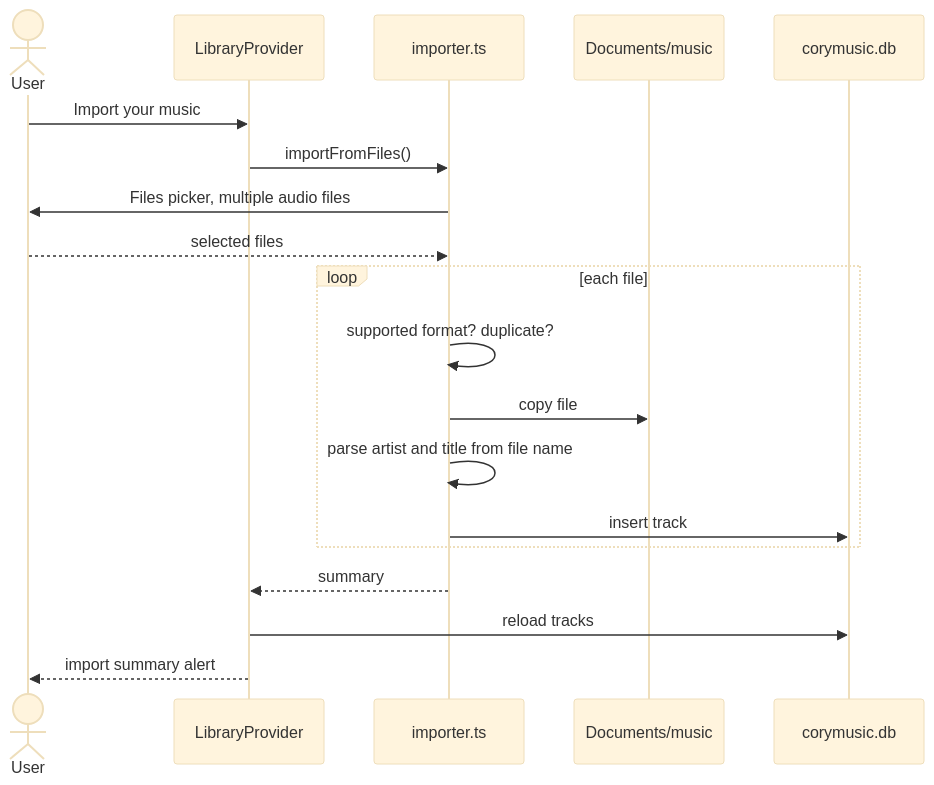
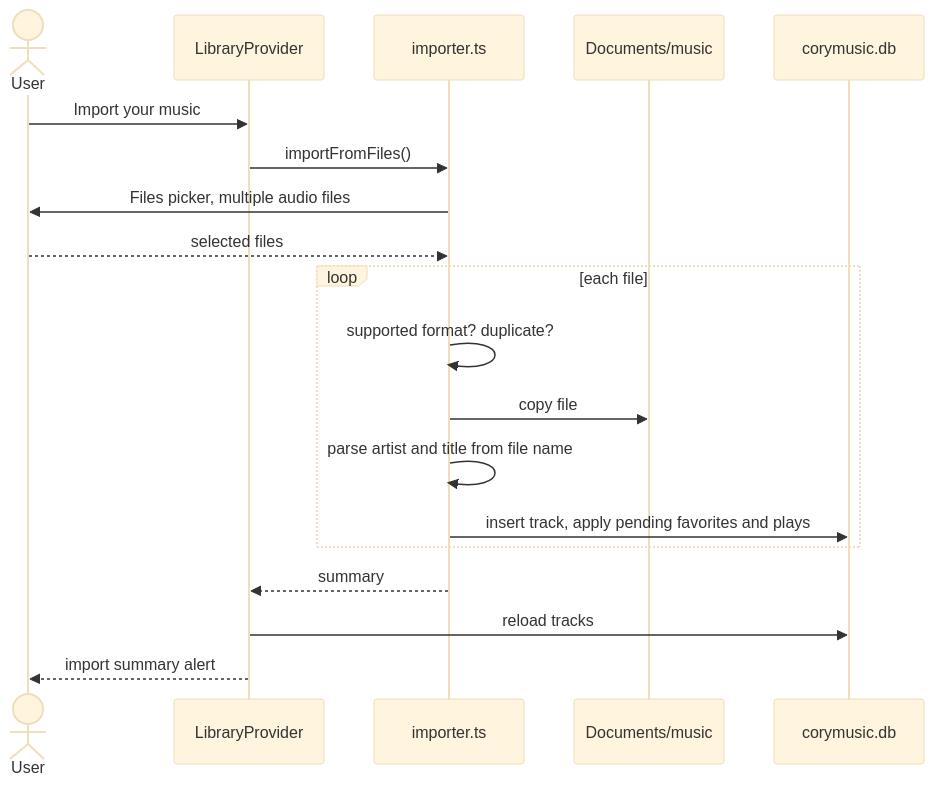
One commit to sabrinasalomon/CoryMusic changed the second of 5 diagrams in docs/ARCHITECTURE.md. Above: the diagram before and after it, drawn with Mermaid (base theme). The commit also changed other lines of this file and 22 other files, not shown here.

````diff
--- a/docs/ARCHITECTURE.md
+++ b/docs/ARCHITECTURE.md
@@ -89,22 +106,22 @@
 ```mermaid
 sequenceDiagram
     actor U as User
     participant LP as LibraryProvider
     participant IM as importer.ts
     participant FS as Documents/music
     participant DB as corymusic.db
 
     U->>LP: Import your music
     LP->>IM: importFromFiles()
     IM->>U: Files picker, multiple audio files
     U-->>IM: selected files
     loop each file
         IM->>IM: supported format? duplicate?
         IM->>FS: copy file
         IM->>IM: parse artist and title from file name
-        IM->>DB: insert track
+        IM->>DB: insert track, apply pending favorites and plays
     end
     IM-->>LP: summary
     LP->>DB: reload tracks
     LP-->>U: import summary alert
 ```
````
